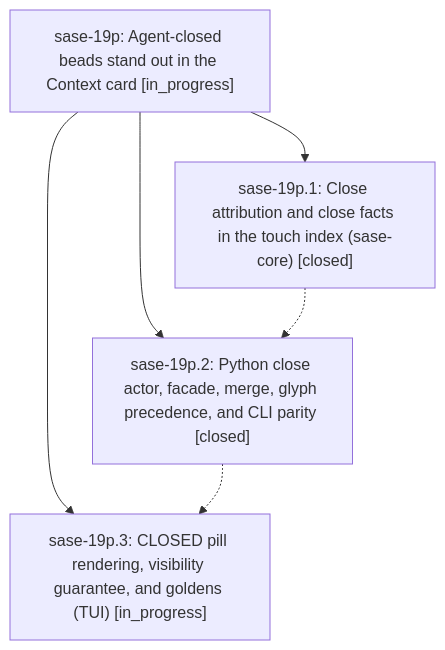
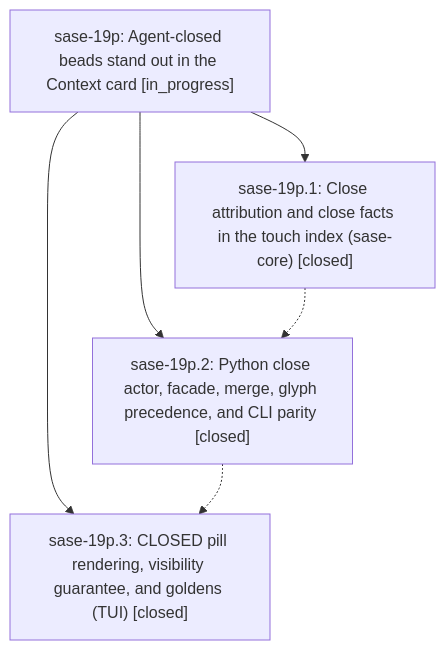
One commit to sase-org/sase--beads changed the diagram in pages/sase-19p/README.md. Above: the diagram before and after it, drawn with Mermaid. The commit also changed other lines of this file and 2 other files, not shown here.

First line of the commit message:
chore(beads): sync bead state and pages for sase-19p

````diff
--- a/pages/sase-19p/README.md
+++ b/pages/sase-19p/README.md
@@ -28,12 +28,12 @@
 ```mermaid
 flowchart TD
     n0["sase-19p: Agent-closed beads stand out in the Context card [in_progress]"]
     n1["sase-19p.1: Close attribution and close facts in the touch index (sase-core) [closed]"]
     n2["sase-19p.2: Python close actor, facade, merge, glyph precedence, and CLI parity [closed]"]
-    n3["sase-19p.3: CLOSED pill rendering, visibility guarantee, and goldens (TUI) [in_progress]"]
+    n3["sase-19p.3: CLOSED pill rendering, visibility guarantee, and goldens (TUI) [closed]"]
     n0 --> n1
     n0 --> n2
     n0 --> n3
     n1 -.-> n2
     n2 -.-> n3
 ```
````
